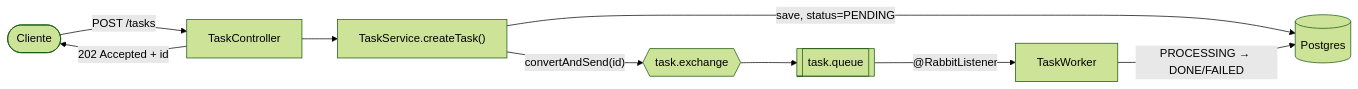
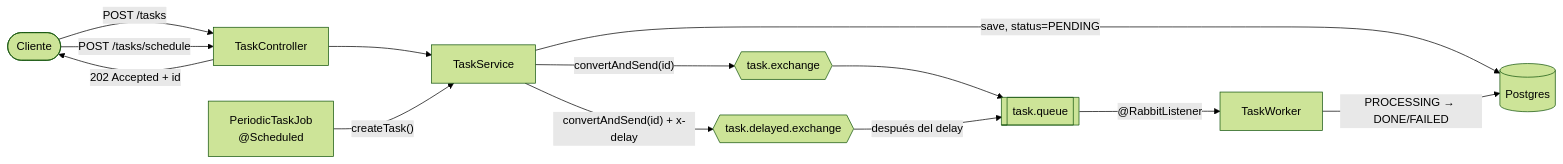
The diagram in README.md (gaspi-39/queue-task-processor), drawn with Mermaid (forest theme) before and after one commit. The commit also changed other lines of this file, not shown here.

````diff
--- a/README.md
+++ b/README.md
@@ -13,11 +13,15 @@
 ```mermaid
 flowchart LR
     Client([Cliente]) -->|"POST /tasks"| Controller["TaskController"]
-    Controller --> Service["TaskService.createTask()"]
+    Client -->|"POST /tasks/schedule"| Controller
+    Controller --> Service["TaskService"]
     Service -->|"save, status=PENDING"| DB[("Postgres")]
     Service -->|"convertAndSend(id)"| Exchange{{"task.exchange"}}
+    Service -->|"convertAndSend(id) + x-delay"| Delayed{{"task.delayed.exchange"}}
     Exchange --> Queue[["task.queue"]]
+    Delayed -->|"después del delay"| Queue
     Queue -->|"@RabbitListener"| Worker["TaskWorker"]
     Worker -->|"PROCESSING → DONE/FAILED"| DB
+    Cron["PeriodicTaskJob<br/>@Scheduled"] -->|"createTask()"| Service
     Controller -->|"202 Accepted + id"| Client
 ```
````
